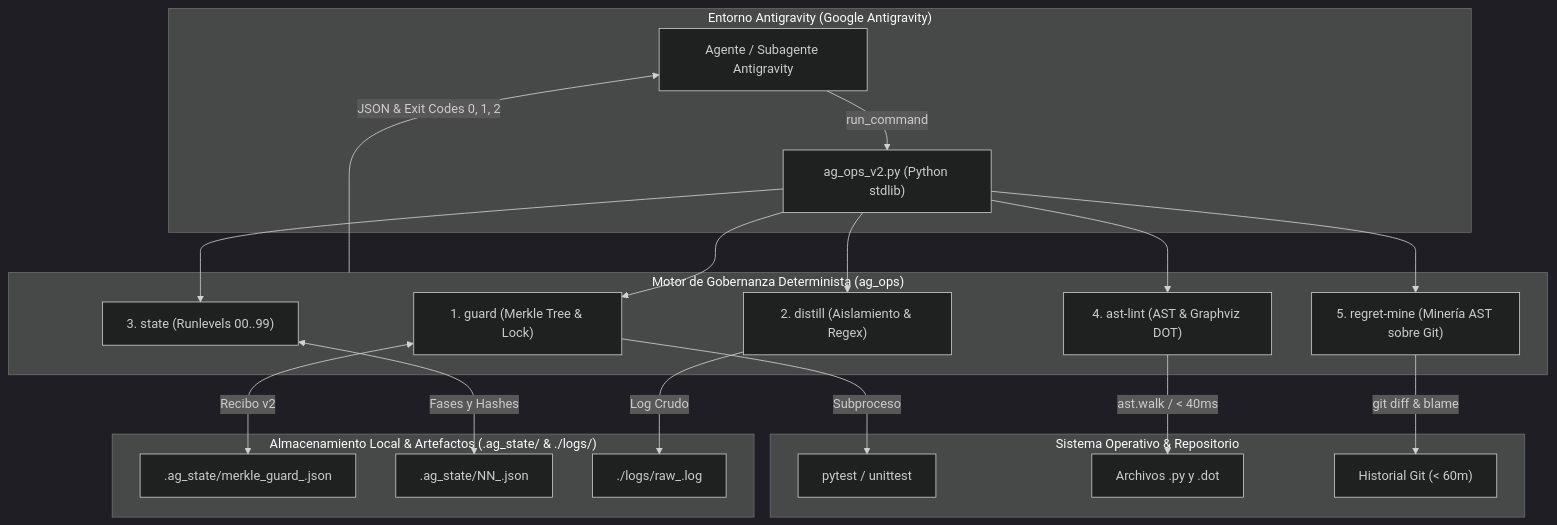
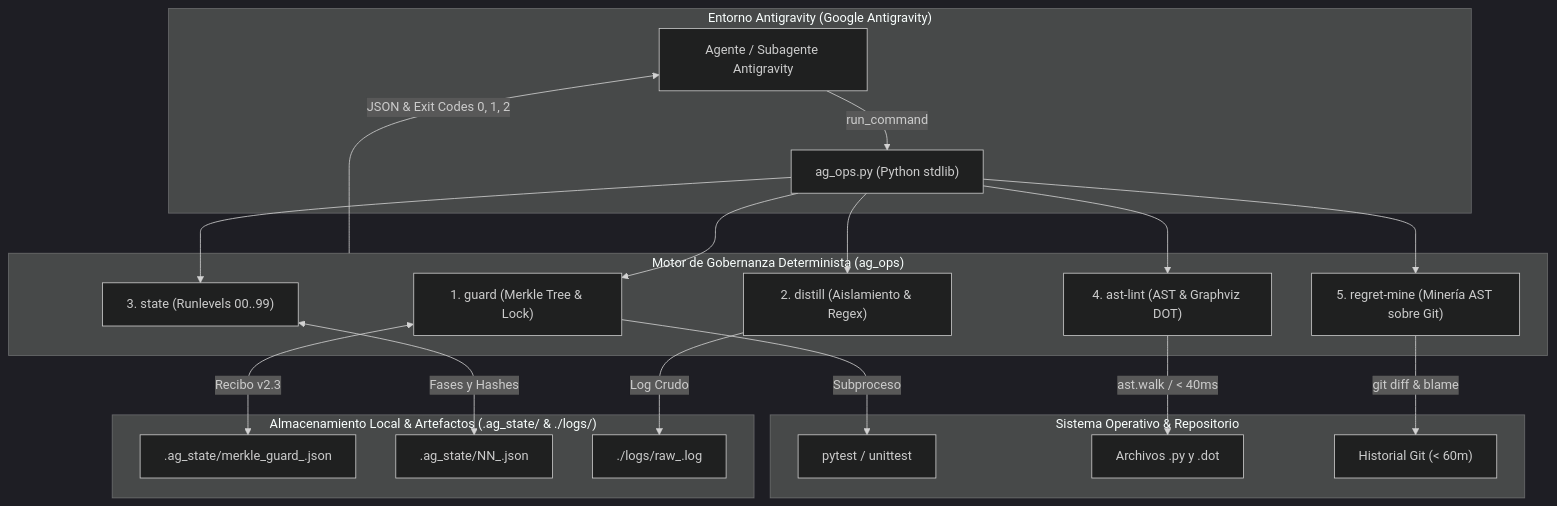
The diagram in README.md (FranciscoGrandon/ag-ops), drawn with Mermaid (dark theme) before and after one commit. The commit also changed other lines of this file, not shown here.

````diff
--- a/README.md
+++ b/README.md
@@ -20,28 +20,28 @@
 ```mermaid
 flowchart TD
     subgraph AGY["Entorno Antigravity (Google Antigravity)"]
-        Agent["Agente / Subagente Antigravity"] -->|run_command| CLI["ag_ops_v2.py (Python stdlib)"]
+        Agent["Agente / Subagente Antigravity"] -->|run_command| CLI["ag_ops.py (Python stdlib)"]
     end
 
     subgraph Core["Motor de Gobernanza Determinista (ag_ops)"]
         CLI --> Guard["1. guard (Merkle Tree & Lock)"]
         CLI --> Distill["2. distill (Aislamiento & Regex)"]
         CLI --> State["3. state (Runlevels 00..99)"]
         CLI --> Lint["4. ast-lint (AST & Graphviz DOT)"]
         CLI --> Mine["5. regret-mine (Minería AST sobre Git)"]
     end
 
     subgraph Storage["Almacenamiento Local & Artefactos (.ag_state/ & ./logs/)"]
-        Guard <-->|Recibo v2| Receipts[".ag_state/merkle_guard_<hash[:12]>.json"]
+        Guard <-->|Recibo v2.3| Receipts[".ag_state/merkle_guard_<hash[:12]>.json"]
         State <-->|Fases y Hashes| StateFiles[".ag_state/NN_<slug>.json"]
         Distill -->|Log Crudo| RawLog["./logs/raw_<timestamp>.log"]
     end
 
     subgraph OS["Sistema Operativo & Repositorio"]
         Guard -->|Subproceso| TestRunner["pytest / unittest"]
         Lint -->|ast.walk / < 40ms| Codebase["Archivos .py y .dot"]
         Mine -->|git diff & blame| GitHistory["Historial Git (< 60m)"]
     end
 
     Core -->|JSON & Exit Codes 0, 1, 2| Agent
 ```
````
